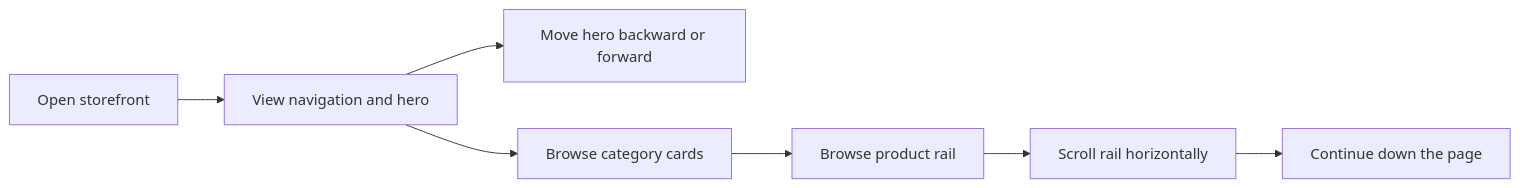
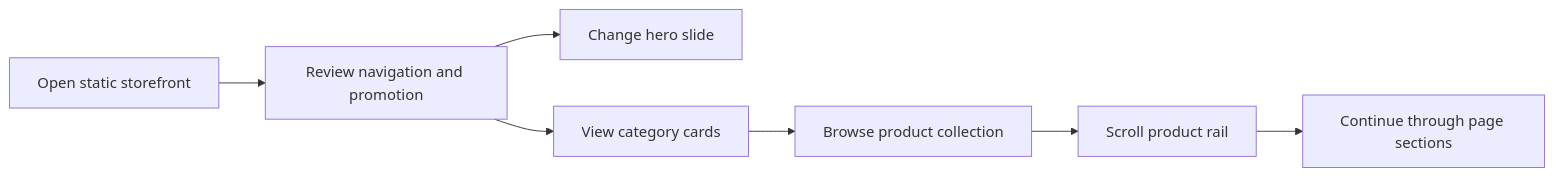
Before and after one commit to Brajesh31/Amazon_Clone: the fourth of 4 diagrams in docs/workflow.md, drawn with Mermaid. The commit also changed other lines of this file, not shown here.

````diff
--- a/docs/workflow.md
+++ b/docs/workflow.md
@@ -68,9 +89,9 @@
 ```mermaid
 flowchart LR
-    A[Open storefront] --> B[View navigation and hero]
-    B --> C[Move hero backward or forward]
-    B --> D[Browse category cards]
-    D --> E[Browse product rail]
-    E --> F[Scroll rail horizontally]
-    F --> G[Continue down the page]
+    A[Open static storefront] --> B[Review navigation and promotion]
+    B --> C[Change hero slide]
+    B --> D[View category cards]
+    D --> E[Browse product collection]
+    E --> F[Scroll product rail]
+    F --> G[Continue through page sections]
 ```
````
